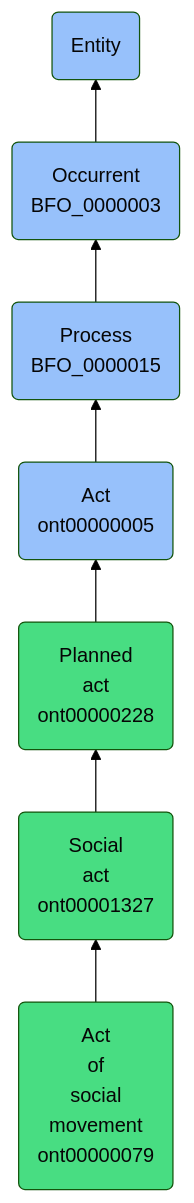
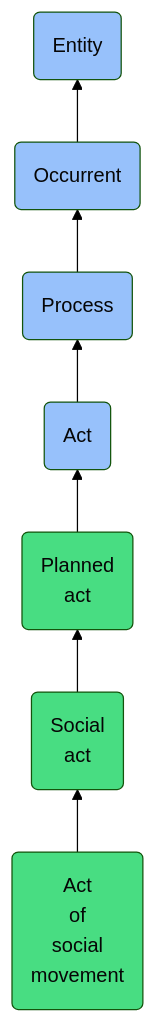
Before and after one commit to jupyter-naas/abi: the diagram in docs/ontology/reference/model/Entity/Occurrent/Process/Act/Planned act/Social act/Act of social movement/Act of social movement.md, drawn with Mermaid (forest theme). The commit also changed other lines of this file and 1430 other files, not shown here.

````diff
--- a/docs/ontology/reference/model/Entity/Occurrent/Process/Act/Planned act/Social act/Act of social movement/Act of social movement.md
+++ b/docs/ontology/reference/model/Entity/Occurrent/Process/Act/Planned act/Social act/Act of social movement/Act of social movement.md
@@ -24,14 +24,14 @@
 ```mermaid
 graph BT
-    ont00000079(Act<br>of<br>social<br>movement<br>ont00000079):::ABI-->ont00001327
-    ont00001327(Social<br>act<br>ont00001327):::ABI-->ont00000228
-    ont00000228(Planned<br>act<br>ont00000228):::ABI-->ont00000005
-    ont00000005(Act<br>ont00000005):::BFO-->BFO_0000015
-    BFO_0000015(Process<br>BFO_0000015):::BFO-->BFO_0000003
-    BFO_0000003(Occurrent<br>BFO_0000003):::BFO-->BFO_0000001
+    ont00000079(Act<br>of<br>social<br>movement):::ABI-->ont00001327
+    ont00001327(Social<br>act):::ABI-->ont00000228
+    ont00000228(Planned<br>act):::ABI-->ont00000005
+    ont00000005(Act):::BFO-->BFO_0000015
+    BFO_0000015(Process):::BFO-->BFO_0000003
+    BFO_0000003(Occurrent):::BFO-->BFO_0000001
     BFO_0000001(Entity):::BFO
     
     classDef BFO fill:#97c1fb,color:#060606
     classDef CCO fill:#e4c51e,color:#060606
     classDef ABI fill:#48DD82,color:#060606
 ```
````
